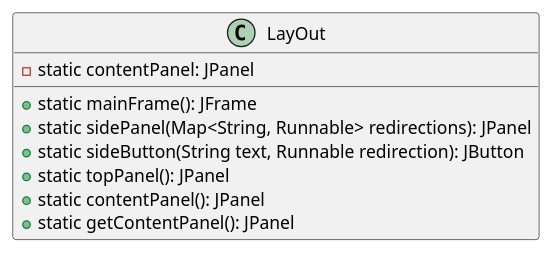
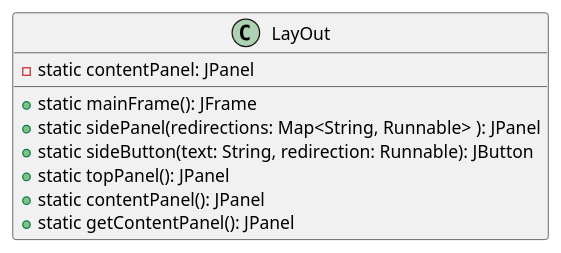
The diagram in src/uml/common/components/LayOut.puml (GiulianoPoeta99/tpi-gestor-academico), drawn with PlantUML before and after one commit. The commit also changed 10 other files, not shown here.

Commit message:
se corrigio nomenclatura de uml

```diff
--- a/src/uml/common/components/LayOut.puml
+++ b/src/uml/common/components/LayOut.puml
@@ -1,14 +1,14 @@
 @startuml
 
 class LayOut {
     - static contentPanel: JPanel
     + static mainFrame(): JFrame
-    + static sidePanel(Map<String, Runnable> redirections): JPanel
-    + static sideButton(String text, Runnable redirection): JButton
+    + static sidePanel(redirections: Map<String, Runnable> ): JPanel
+    + static sideButton(text: String, redirection: Runnable): JButton
     + static topPanel(): JPanel
     + static contentPanel(): JPanel
     + static getContentPanel(): JPanel
 }
 
 
 @enduml
```
